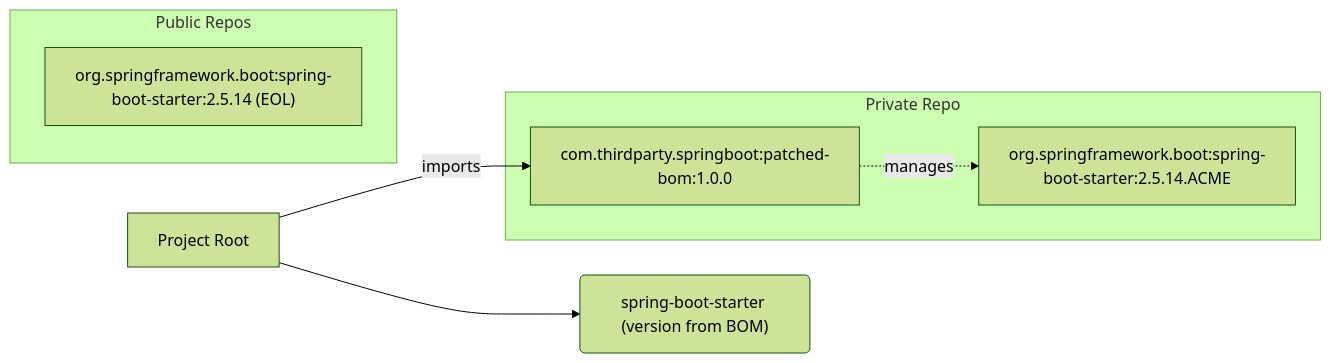
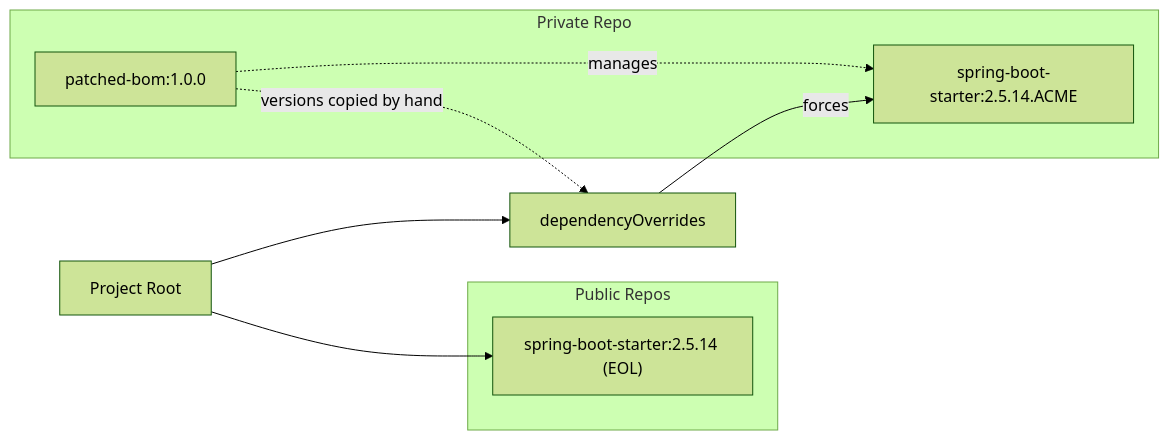
One commit to JavaDependencyHell/fieldguide changed the diagram in demos/sbt-demo/scenario-16-private-bom/guide.qmd. Above: the diagram before and after it, drawn with Mermaid (forest theme). The commit also changed other lines of this file and 208 other files, not shown here.

````diff
--- a/demos/sbt-demo/scenario-16-private-bom/guide.qmd
+++ b/demos/sbt-demo/scenario-16-private-bom/guide.qmd
@@ -21,15 +20,16 @@
 ```{mermaid}
 %%| fig-width: 4.4
 graph LR
     subgraph Public Repos
-        SpringBoot["org.springframework.boot:spring-boot-starter:2.5.14 (EOL)"]
+        SpringBoot["spring-boot-starter:2.5.14 (EOL)"]
     end
     subgraph Private Repo
-        PatchedStarter["org.springframework.boot:spring-boot-starter:2.5.14.ACME"]
-        VendorBOM["com.thirdparty.springboot:patched-bom:1.0.0"]
+        VendorBOM["patched-bom:1.0.0"]
+        PatchedStarter["spring-boot-starter:2.5.14.ACME"]
         VendorBOM -. manages .-> PatchedStarter
     end
-    Root[Project Root] -- imports --> VendorBOM
-    Root --> SpringBoot_Declared("spring-boot-starter (version from BOM)")
-
+    VendorBOM -. "versions copied by hand" .-> Overrides["dependencyOverrides"]
+    Root[Project Root] --> SpringBoot
+    Root --> Overrides
+    Overrides -- forces --> PatchedStarter
 ```
````
